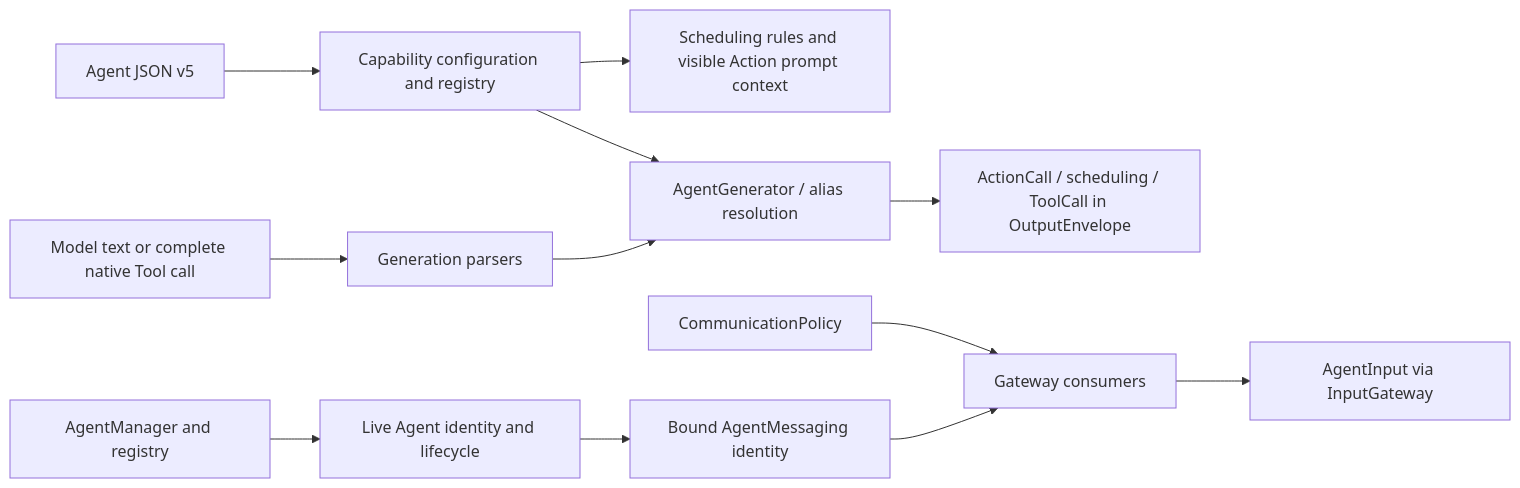
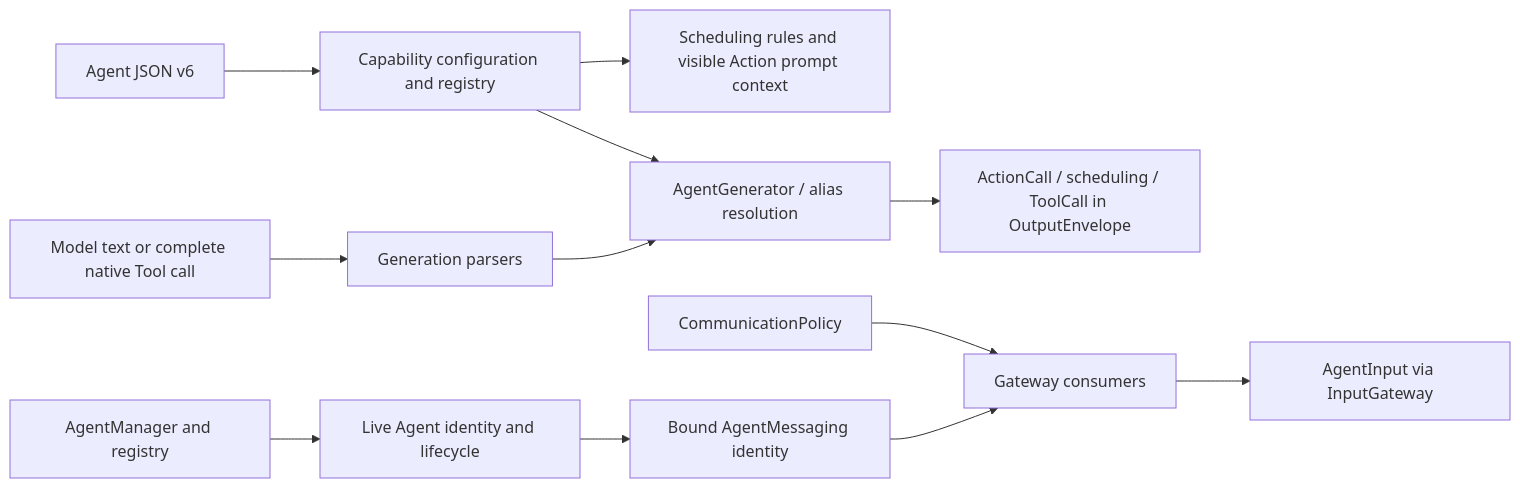
One commit to devilyouwei/MobileHarness changed the second of 2 diagrams in MobileHarness/Agents/Core/README.md. Above: the diagram before and after it, drawn with Mermaid. The commit also changed other lines of this file and 238 other files, not shown here.

````diff
--- a/MobileHarness/Agents/Core/README.md
+++ b/MobileHarness/Agents/Core/README.md
@@ -37,14 +37,14 @@
 ```mermaid
 flowchart LR
-    JSON[Agent JSON v5] --> Capability[Capability configuration and registry]
+    JSON[Agent JSON v6] --> Capability[Capability configuration and registry]
     Capability --> Context[Scheduling rules and visible Action prompt context]
     Capability --> Resolve[AgentGenerator / alias resolution]
     Fragments[Model text or complete native Tool call] --> Parse[Generation parsers]
     Parse --> Resolve
     Resolve --> Output[ActionCall / scheduling / ToolCall in OutputEnvelope]
     Runtime[AgentManager and registry] --> Identity[Live Agent identity and lifecycle]
     Identity --> Messaging[Bound AgentMessaging identity]
     Policy[CommunicationPolicy] --> Gateway[Gateway consumers]
     Messaging --> Gateway
     Gateway --> Input[AgentInput via InputGateway]
 ```
````
